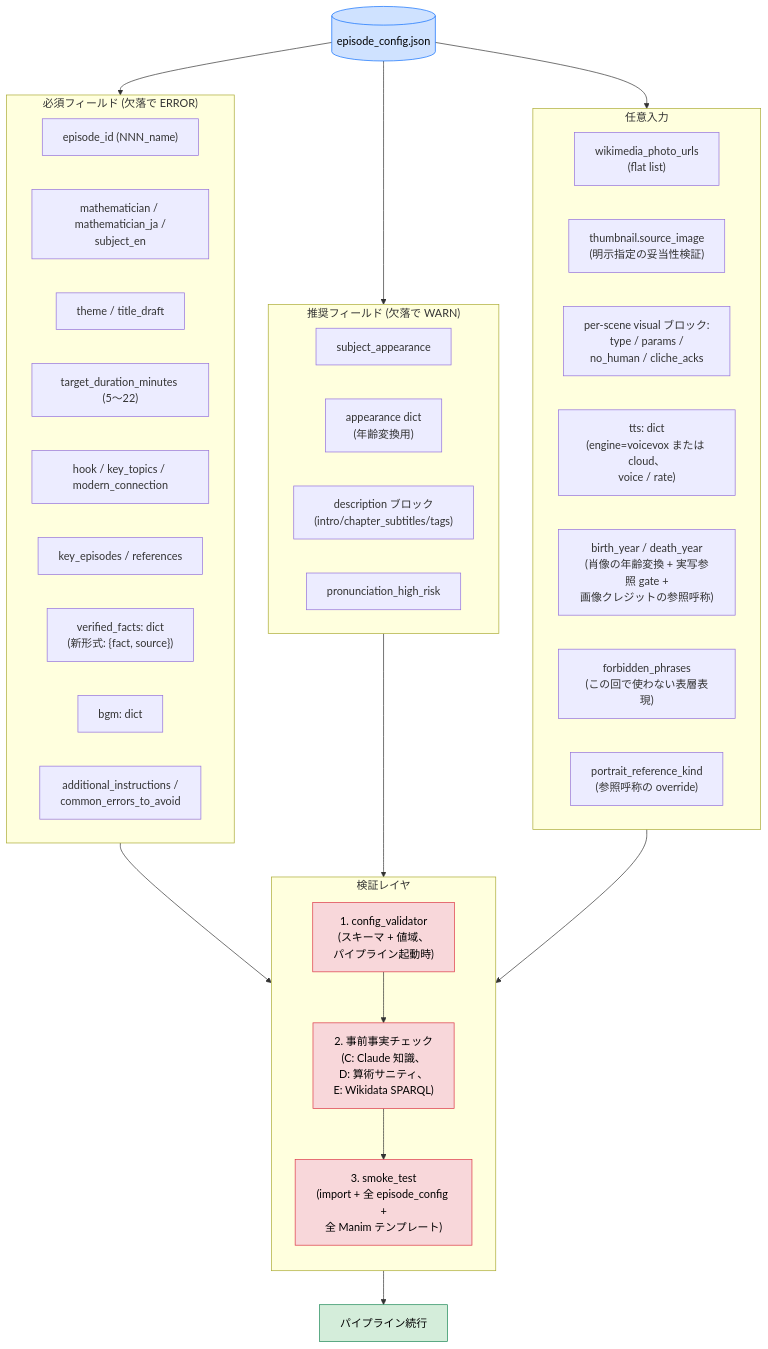
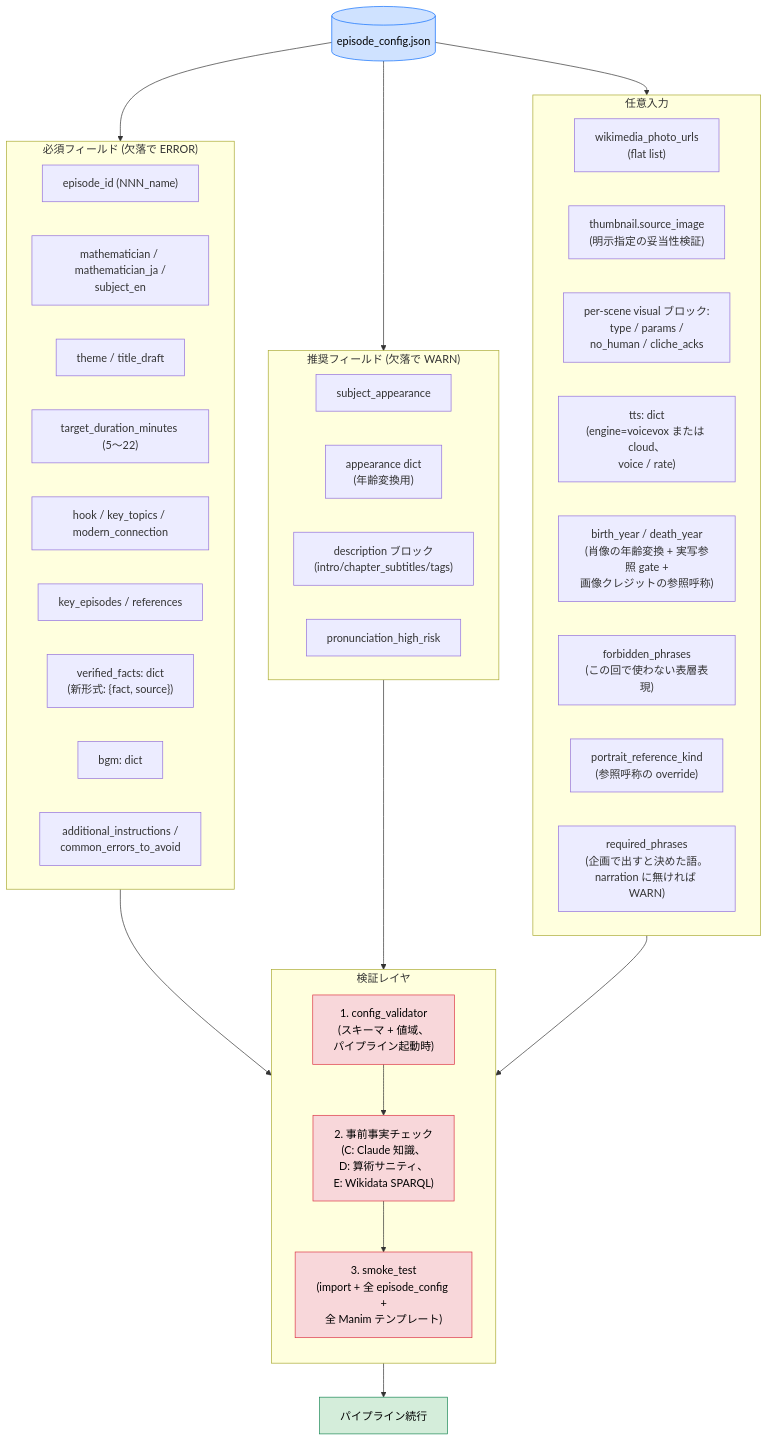
Before and after one commit to sugakushiki/sugakushiki-pipeline: the third of 4 diagrams in docs/architecture.md, drawn with Mermaid. The commit also changed other lines of this file and 72 other files, not shown here.

````diff
--- a/docs/architecture.md
+++ b/docs/architecture.md
@@ -204,56 +205,57 @@
 ```mermaid
 flowchart TB
     cfg[("episode_config.json")]:::inputArtifact
 
     subgraph required["必須フィールド (欠落で ERROR)"]
         direction LR
         req1["episode_id (NNN_name)"]
         req2["mathematician / mathematician_ja /<br/>subject_en"]
         req3["theme / title_draft"]
         req4["target_duration_minutes (5〜22)"]
         req5["hook / key_topics / modern_connection"]
         req6["key_episodes / references"]
         req7["verified_facts: dict<br/>(新形式: {fact, source})"]
         req8["bgm: dict"]
         req9["additional_instructions /<br/>common_errors_to_avoid"]
     end
 
     subgraph recommended["推奨フィールド (欠落で WARN)"]
         direction LR
         rec1["subject_appearance"]
         rec2["appearance dict<br/>(年齢変換用)"]
         rec3["description ブロック<br/>(intro/chapter_subtitles/tags)"]
         rec4["pronunciation_high_risk"]
     end
 
     subgraph optional["任意入力"]
         direction LR
         opt1["wikimedia_photo_urls<br/>(flat list)"]
         opt2["thumbnail.source_image<br/>(明示指定の妥当性検証)"]
         opt3["per-scene visual ブロック:<br/>type / params /<br/>no_human / cliche_acks"]
         opt4["tts: dict<br/>(engine=voicevox または cloud、<br/>voice / rate)"]
         opt5["birth_year / death_year<br/>(肖像の年齢変換 + 実写参照 gate +<br/>画像クレジットの参照呼称)"]
         opt6["forbidden_phrases<br/>(この回で使わない表層表現)"]
         opt7["portrait_reference_kind<br/>(参照呼称の override)"]
+        opt8["required_phrases<br/>(企画で出すと決めた語。<br/>narration に無ければ WARN)"]
     end
 
     subgraph validation["検証レイヤ"]
         direction TB
         v1["1. config_validator<br/>(スキーマ + 値域、<br/>パイプライン起動時)"]:::guard
         v2["2. 事前事実チェック<br/>(C: Claude 知識、<br/>D: 算術サニティ、<br/>E: Wikidata SPARQL)"]:::guard
         v3["3. smoke_test<br/>(import + 全 episode_config +<br/>全 Manim テンプレート)"]:::guard
         v1 --> v2 --> v3
     end
 
     cfg --> required
     cfg --> recommended
     cfg --> optional
     required --> validation
     recommended --> validation
     optional --> validation
     validation --> pipeline_ok["パイプライン続行"]:::ok
 
     classDef inputArtifact fill:#cfe2ff,stroke:#0d6efd,color:#000
     classDef guard fill:#f8d7da,stroke:#dc3545,color:#000
     classDef ok fill:#d4edda,stroke:#198754,color:#000
 ```
````
